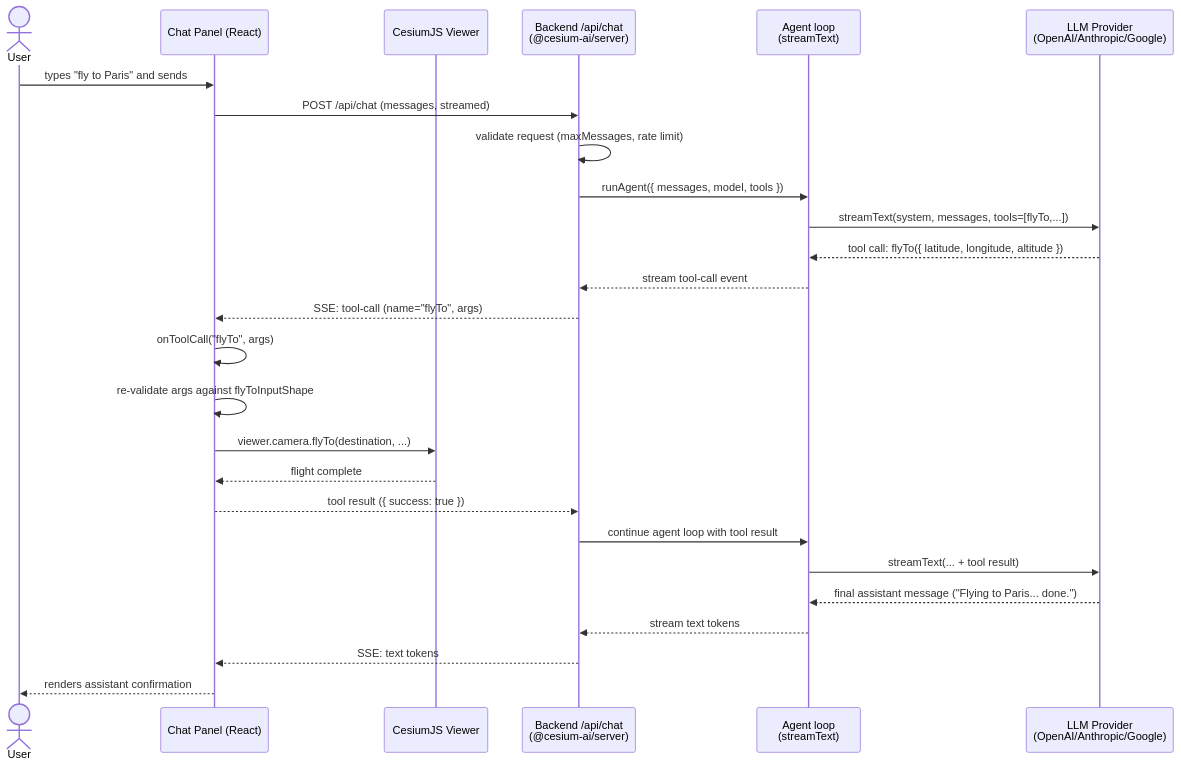
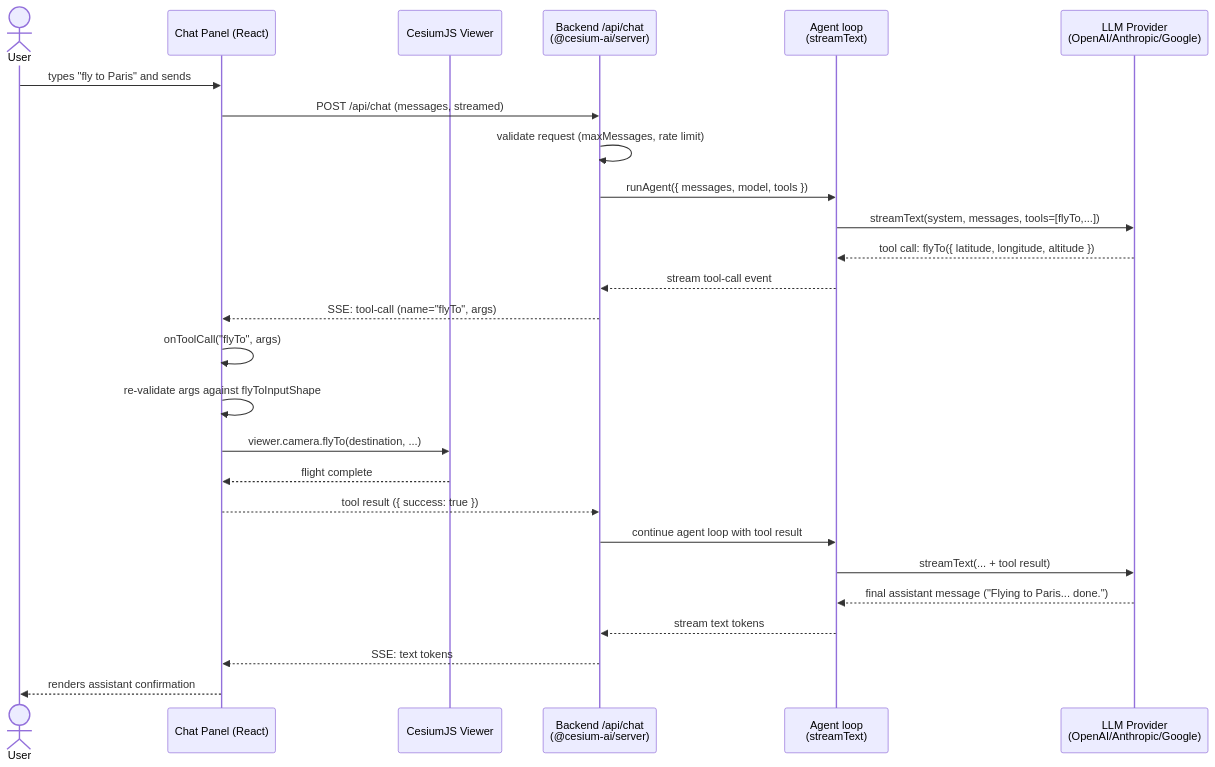
One commit to CesiumGS/cesiumjs-ai-starter-app changed the second of 2 diagrams in docs/architectures/architecture.md. Above: the diagram before and after it, drawn with Mermaid. The commit also changed other lines of this file and 21 other files, not shown here.

````diff
--- a/docs/architectures/architecture.md
+++ b/docs/architectures/architecture.md
@@ -74,29 +75,30 @@
 ```mermaid
+%%{init: {"themeVariables": {"fontSize": "16px"}, "sequence": {"actorFontSize": 16, "messageFontSize": 15, "noteFontSize": 14, "actorMargin": 60, "boxMargin": 10, "diagramMarginX": 30, "diagramMarginY": 15}}}%%
 sequenceDiagram
     actor User
     participant UI as Chat Panel (React)
     participant Viewer as CesiumJS Viewer
     participant API as Backend /api/chat<br/>(@cesium-ai/server)
     participant Agent as Agent loop<br/>(streamText)
     participant LLM as LLM Provider<br/>(OpenAI/Anthropic/Google)
 
     User->>UI: types "fly to Paris" and sends
     UI->>API: POST /api/chat (messages, streamed)
     API->>API: validate request (maxMessages, rate limit)
     API->>Agent: runAgent({ messages, model, tools })
     Agent->>LLM: streamText(system, messages, tools=[flyTo,...])
     LLM-->>Agent: tool call: flyTo({ latitude, longitude, altitude })
     Agent-->>API: stream tool-call event
     API-->>UI: SSE: tool-call (name="flyTo", args)
     UI->>UI: onToolCall("flyTo", args)
     UI->>UI: re-validate args against flyToInputShape
     UI->>Viewer: viewer.camera.flyTo(destination, ...)
     Viewer-->>UI: flight complete
     UI-->>API: tool result ({ success: true })
     API->>Agent: continue agent loop with tool result
     Agent->>LLM: streamText(... + tool result)
     LLM-->>Agent: final assistant message ("Flying to Paris... done.")
     Agent-->>API: stream text tokens
     API-->>UI: SSE: text tokens
     UI-->>User: renders assistant confirmation
 ```
````
